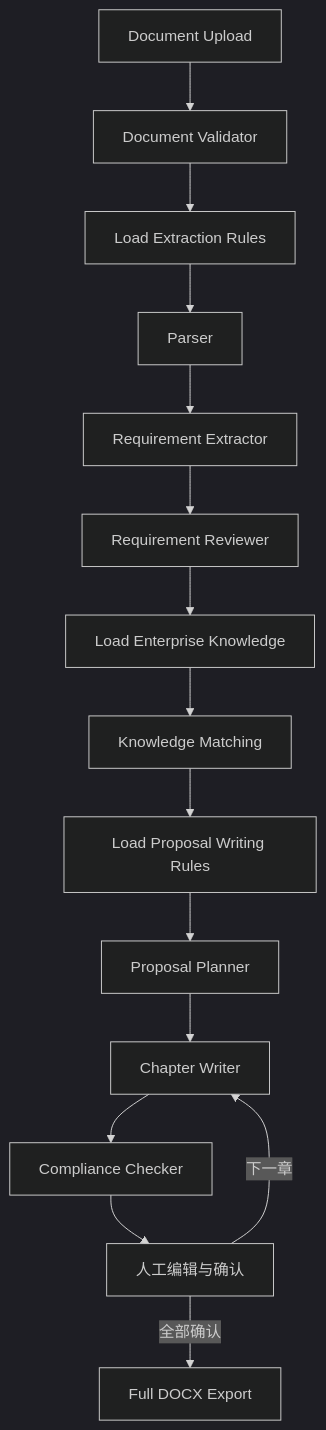
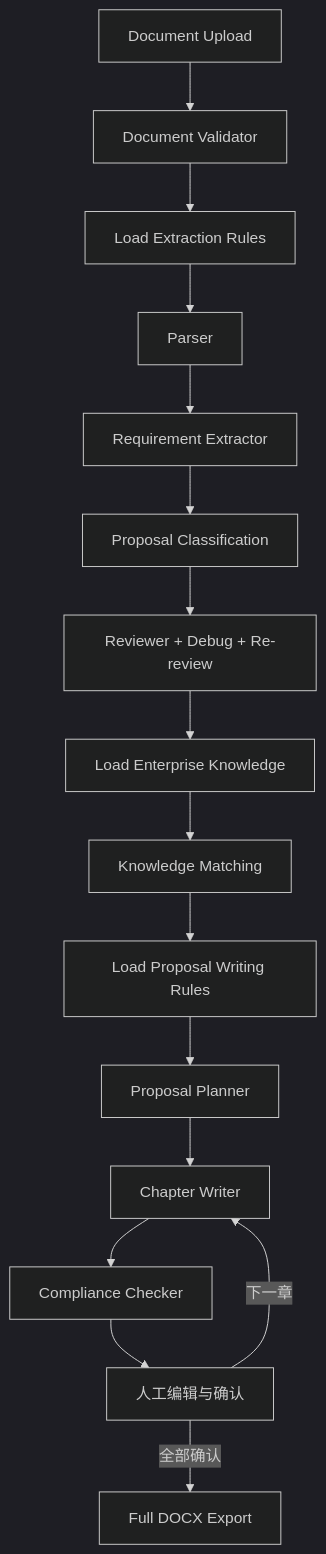
One commit to angela19990616-alt/bid-agent changed the second of 2 diagrams in docs/ARCHITECTURE.md. Above: the diagram before and after it, drawn with Mermaid (dark theme). The commit also changed other lines of this file and 26 other files, not shown here.

First line of the commit message:
feat: add proposal-oriented requirement classification

````diff
--- a/docs/ARCHITECTURE.md
+++ b/docs/ARCHITECTURE.md
@@ -24,17 +24,18 @@
 ```mermaid
 flowchart TD
     A["Document Upload"] --> B["Document Validator"]
     B --> C["Load Extraction Rules"]
     C --> D["Parser"]
     D --> E["Requirement Extractor"]
-    E --> F["Requirement Reviewer"]
-    F --> G["Load Enterprise Knowledge"]
+    E --> F["Proposal Classification"]
+    F --> FR["Reviewer + Debug + Re-review"]
+    FR --> G["Load Enterprise Knowledge"]
     G --> H["Knowledge Matching"]
     H --> I["Load Proposal Writing Rules"]
     I --> J["Proposal Planner"]
     J --> K["Chapter Writer"]
     K --> L["Compliance Checker"]
     L --> M["人工编辑与确认"]
     M -->|下一章| K
     M -->|全部确认| N["Full DOCX Export"]
 ```
````
